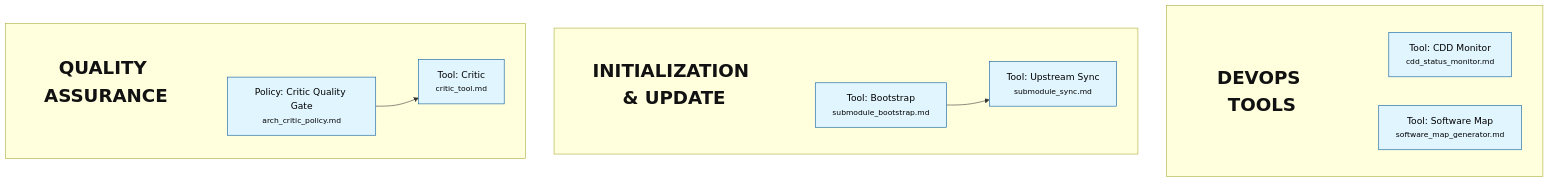
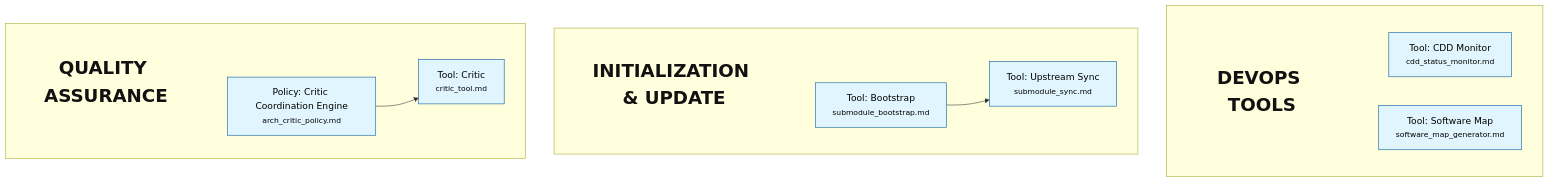
Before and after one commit to rlabarca/agentic-dev-core: the diagram in README.md, drawn with Mermaid. The commit also changed 3 other files, not shown here.

First line of the commit message:
spec(critic+cdd): redefine critic as coordination engine, decouple CDD

````diff
--- a/README.md
+++ b/README.md
@@ -124,45 +124,45 @@
 ```mermaid
 flowchart TD
 
 
     subgraph DevOps_Tools [" "]
         title_DevOps_Tools["DEVOPS TOOLS"]
         cdd_status_monitor["Tool: CDD Monitor<br/><small>cdd_status_monitor.md</small>"]
         title_DevOps_Tools ~~~ cdd_status_monitor
         software_map_generator["Tool: Software Map<br/><small>software_map_generator.md</small>"]
         title_DevOps_Tools ~~~ software_map_generator
     end
 
     subgraph Initialization_&_Update [" "]
         title_Initialization_&_Update["INITIALIZATION & UPDATE"]
         submodule_bootstrap["Tool: Bootstrap<br/><small>submodule_bootstrap.md</small>"]
         title_Initialization_&_Update ~~~ submodule_bootstrap
         submodule_sync["Tool: Upstream Sync<br/><small>submodule_sync.md</small>"]
         title_Initialization_&_Update ~~~ submodule_sync
     end
 
     subgraph Quality_Assurance [" "]
         title_Quality_Assurance["QUALITY ASSURANCE"]
-        arch_critic_policy["Policy: Critic Quality Gate<br/><small>arch_critic_policy.md</small>"]
+        arch_critic_policy["Policy: Critic Coordination Engine<br/><small>arch_critic_policy.md</small>"]
         title_Quality_Assurance ~~~ arch_critic_policy
         critic_tool["Tool: Critic<br/><small>critic_tool.md</small>"]
         title_Quality_Assurance ~~~ critic_tool
     end
 
     %% Relationships
     arch_critic_policy --> critic_tool
     submodule_bootstrap --> submodule_sync
 
     %% Styling Definitions
     classDef default fill:#e1f5fe,stroke:#01579b,stroke-width:1px,color:black;
     classDef release fill:#f96,stroke:#333,stroke-width:2px,color:black,font-weight:bold;
     classDef hardware fill:#e8f5e9,stroke:#2e7d32,stroke-width:1px,color:black;
     classDef ui fill:#f3e5f5,stroke:#7b1fa2,stroke-width:1px,color:black;
     classDef process fill:#f1f8e9,stroke:#558b2f,stroke-width:1px,color:black;
     classDef subgraphTitle fill:none,stroke:none,color:#111,font-size:32px,font-weight:bold;
 
     %% Style Applications
     class title_DevOps_Tools subgraphTitle;
     class title_Initialization_&_Update subgraphTitle;
     class title_Quality_Assurance subgraphTitle;
 ```
````
